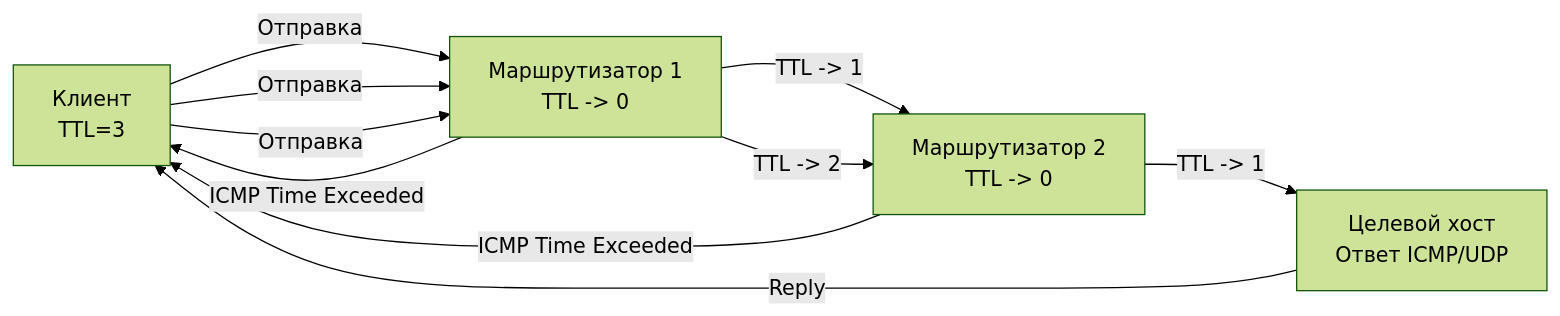
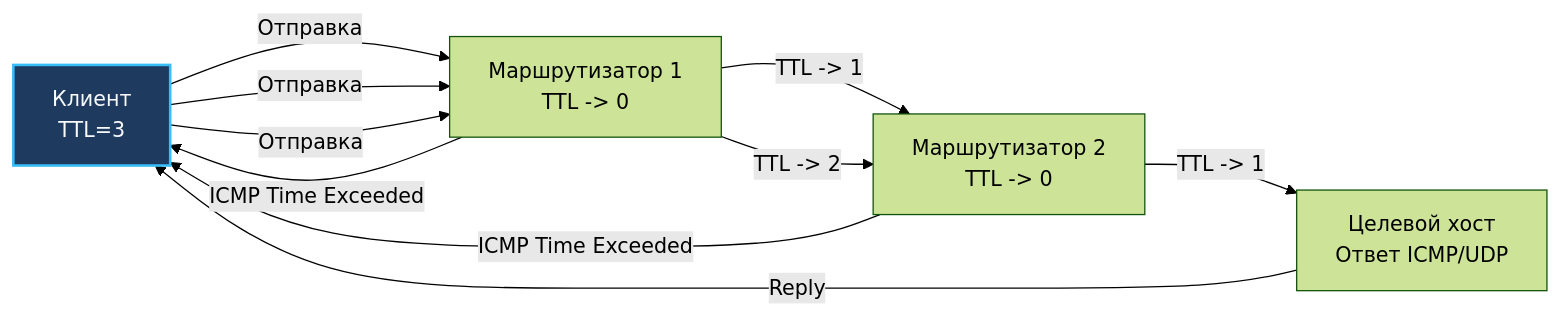
The second of 2 diagrams in sources/3. Компьютерные сети и сетевой стек/35. Диагностика сети. ping, traceroute, dig, curl, mtr.md (UnrealTemplier/go-textbook), drawn with Mermaid (forest theme) before and after one commit. The commit also changed other lines of this file and 1666 other files, not shown here.

First line of the commit message:
feat(mermaid): add semantic color classDef to 1369 colorless flowchart/graph diagrams

````diff
--- a/sources/3. Компьютерные сети и сетевой стек/35. Диагностика сети. ping, traceroute, dig, curl, mtr.md
+++ b/sources/3. Компьютерные сети и сетевой стек/35. Диагностика сети. ping, traceroute, dig, curl, mtr.md
@@ -116,12 +126,22 @@
 ```mermaid
 flowchart LR
-    Client["Клиент\nTTL=1"] -->|Отправка| R1["Маршрутизатор 1\nTTL -> 0"]
+    classDef process  fill:#1e293b,stroke:#38bdf8,stroke-width:1px,color:#f8fafc
+    classDef success  fill:#064e3b,stroke:#34d399,stroke-width:1px,color:#f8fafc
+    classDef error    fill:#7f1d1d,stroke:#f87171,stroke-width:1px,color:#f8fafc
+    classDef warning  fill:#78350f,stroke:#fbbf24,stroke-width:1px,color:#f8fafc
+    classDef entry    fill:#1e3a5f,stroke:#38bdf8,stroke-width:2px,color:#f8fafc
+    classDef aux      fill:#334155,stroke:#64748b,stroke-width:1px,color:#f8fafc
+    classDef system   fill:#312e81,stroke:#a78bfa,stroke-width:1px,color:#f8fafc
+    classDef data     fill:#132d29,stroke:#2dd4bf,stroke-width:1px,color:#f8fafc
+    classDef network  fill:#881337,stroke:#fb7185,stroke-width:1px,color:#f8fafc
+    classDef accent   fill:#1e1b4b,stroke:#818cf8,stroke-width:1px,color:#f8fafc
+    Client["Клиент\nTTL=1"]:::entry -->|Отправка| R1["Маршрутизатор 1\nTTL -> 0"]
     R1 -->|ICMP Time Exceeded| Client
     Client["Клиент\nTTL=2"] -->|Отправка| R1
     R1 -->|TTL -> 1| R2["Маршрутизатор 2\nTTL -> 0"]
     R2 -->|ICMP Time Exceeded| Client
     Client["Клиент\nTTL=3"] -->|Отправка| R1
     R1 -->|TTL -> 2| R2
     R2 -->|TTL -> 1| Host["Целевой хост\nОтвет ICMP/UDP"]
     Host -->|Reply| Client
 ```
````
